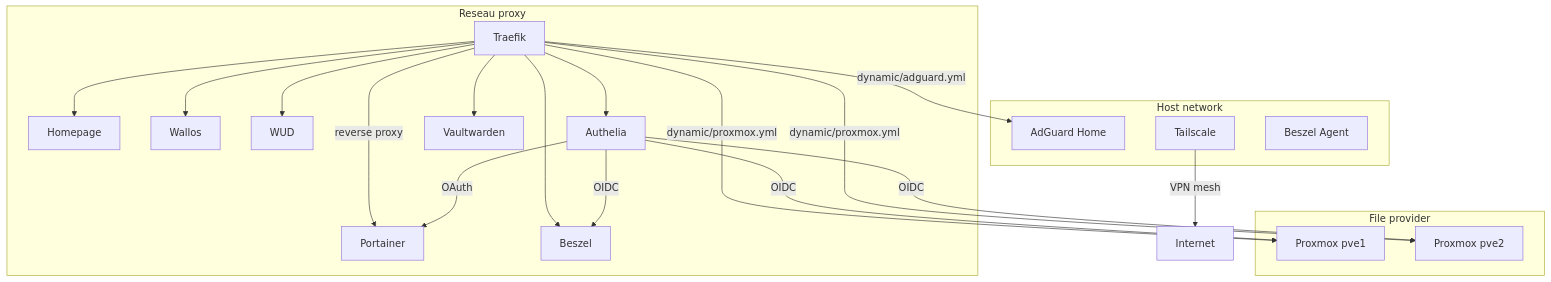
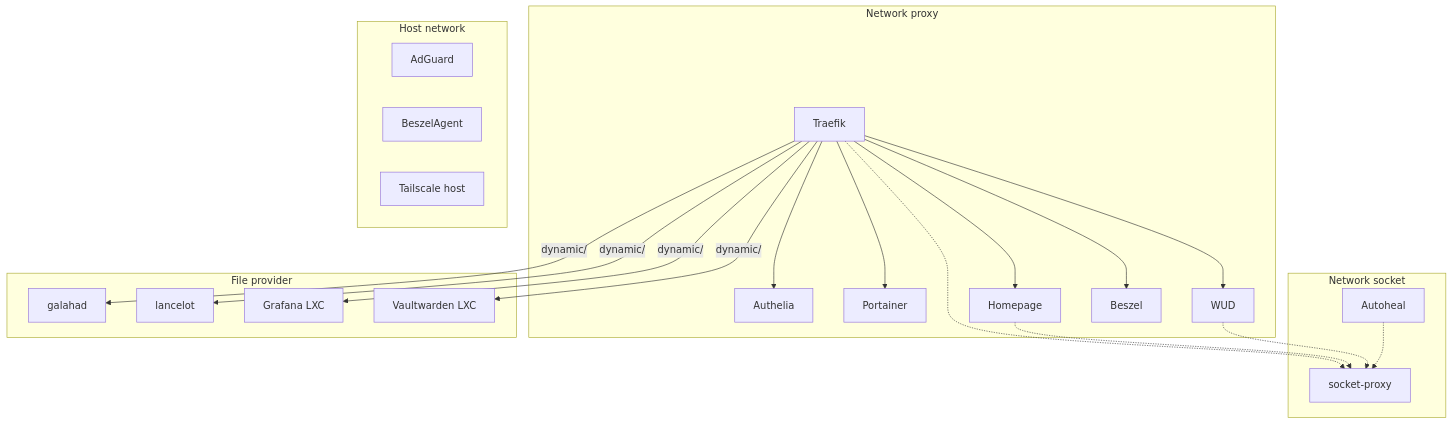
The diagram in docs/services/docker-stack.md (GabinSMD/homelab-doc), drawn with Mermaid before and after one commit. The commit also changed other lines of this file and 7 other files, not shown here.

First line of the commit message:
docs: consolidation securite + Grafana OIDC + cleanup

````diff
--- a/docs/services/docker-stack.md
+++ b/docs/services/docker-stack.md
@@ -23,30 +27,31 @@
 ```mermaid
 graph TB
-    subgraph Reseau proxy
-        Traefik -->|reverse proxy| Portainer
+    subgraph Network proxy
+        Traefik --> Authelia
+        Traefik --> Portainer
         Traefik --> Homepage
-        Traefik --> Wallos
         Traefik --> WUD
         Traefik --> Beszel
-        Traefik --> Authelia
-        Traefik --> Vaultwarden
     end
-    
+
+    subgraph Network socket
+        SP[socket-proxy]
+        Traefik -.-> SP
+        Homepage -.-> SP
+        WUD -.-> SP
+        Autoheal -.-> SP
+    end
+
     subgraph Host network
-        AdGuard[AdGuard Home]
-        Tailscale
-        BeszelAgent[Beszel Agent]
+        AdGuard
+        BeszelAgent
+        Tailscale[Tailscale host]
     end
 
     subgraph File provider
-        Traefik -->|dynamic/adguard.yml| AdGuard
-        Traefik -->|dynamic/proxmox.yml| PVE1[Proxmox pve1]
-        Traefik -->|dynamic/proxmox.yml| PVE2[Proxmox pve2]
+        Traefik -->|dynamic/| PVE1[galahad]
+        Traefik -->|dynamic/| PVE2[lancelot]
+        Traefik -->|dynamic/| Logs[Grafana LXC]
+        Traefik -->|dynamic/| Vault[Vaultwarden LXC]
     end
-    
-    Tailscale -->|VPN mesh| Internet
-    Authelia -->|OIDC| PVE1
-    Authelia -->|OIDC| PVE2
-    Authelia -->|OAuth| Portainer
-    Authelia -->|OIDC| Beszel
 ```
````
